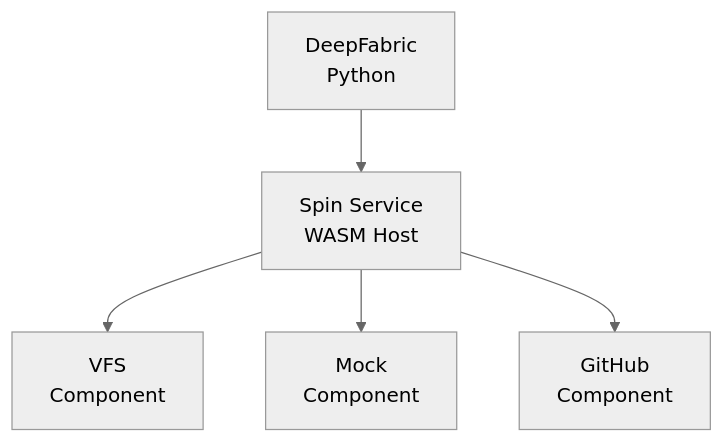
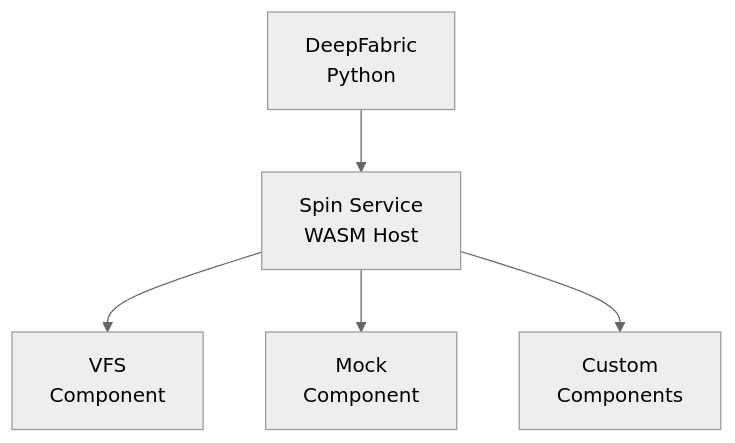
Before and after one commit to jasonkneen/promptwright: the diagram in docs/tools/index.md, drawn with Mermaid (neutral theme). The commit also changed other lines of this file, not shown here.

````diff
--- a/docs/tools/index.md
+++ b/docs/tools/index.md
@@ -23,7 +43,7 @@
 ```mermaid
 graph TB
     A[DeepFabric<br/>Python] --> B[Spin Service<br/>WASM Host]
     B --> C[VFS<br/>Component]
     B --> D[Mock<br/>Component]
-    B --> E[GitHub<br/>Component]
+    B --> E[Custom<br/>Components]
 ```
````
